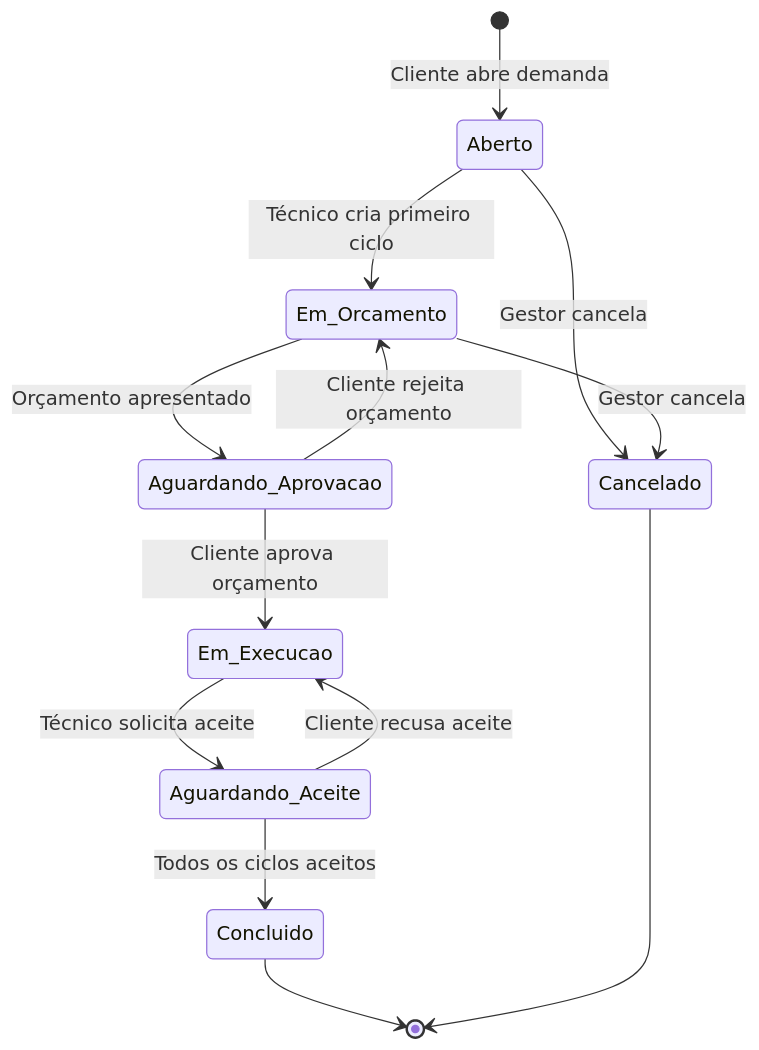
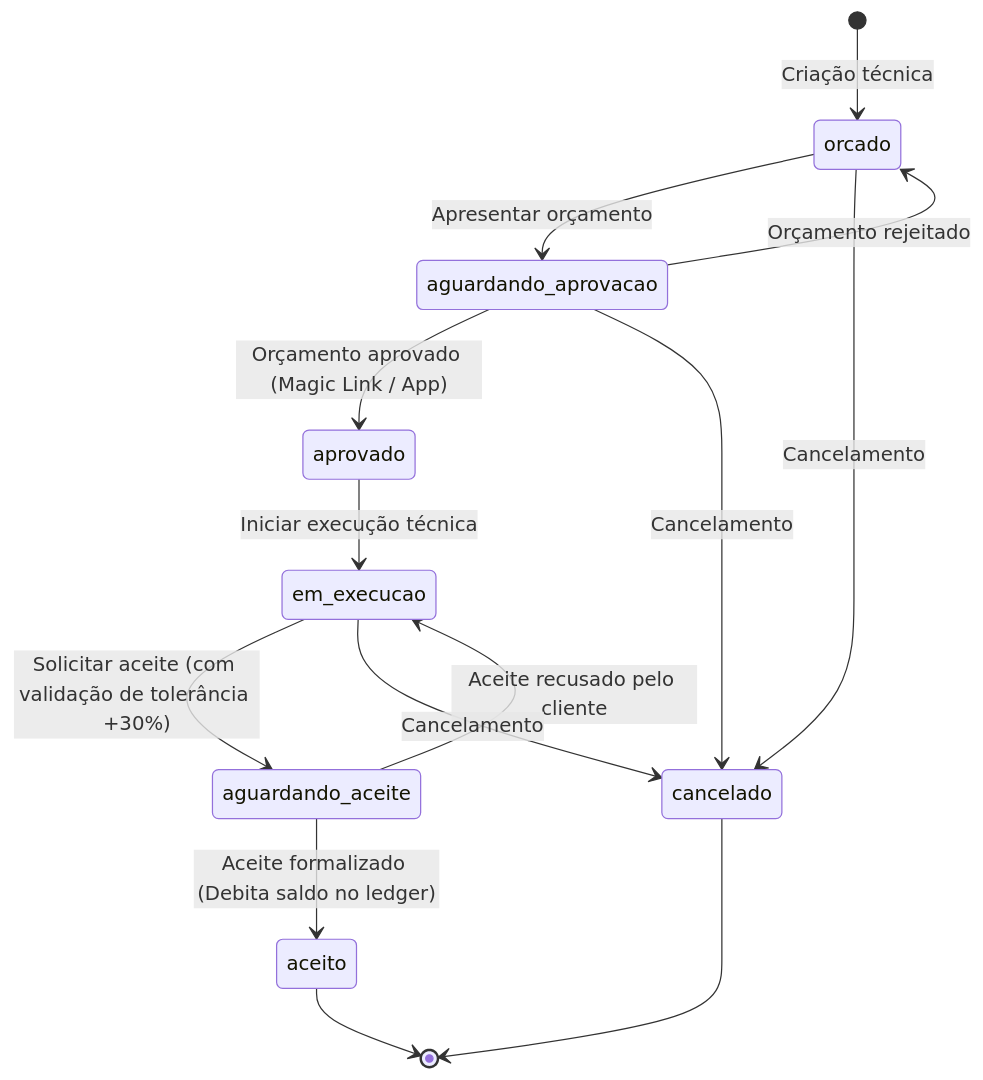
One commit to andresouza72br-sketch/SHM---Support-Hours-Manage changed the first of 4 diagrams in _reversa_sdd/state-machines.md. Above: the diagram before and after it, drawn with Mermaid. The commit also changed other lines of this file and 4 other files, not shown here.

````diff
--- a/_reversa_sdd/state-machines.md
+++ b/_reversa_sdd/state-machines.md
@@ -9,15 +10,16 @@
 ```mermaid
 stateDiagram-v2
-    [*] --> Aberto: Cliente abre demanda
-    Aberto --> Em_Orcamento: Técnico cria primeiro ciclo
-    Em_Orcamento --> Aguardando_Aprovacao: Orçamento apresentado
-    Aguardando_Aprovacao --> Em_Execucao: Cliente aprova orçamento
-    Aguardando_Aprovacao --> Em_Orcamento: Cliente rejeita orçamento
-    Em_Execucao --> Aguardando_Aceite: Técnico solicita aceite
-    Aguardando_Aceite --> Em_Execucao: Cliente recusa aceite
-    Aguardando_Aceite --> Concluido: Todos os ciclos aceitos
-    Aberto --> Cancelado: Gestor cancela
-    Em_Orcamento --> Cancelado: Gestor cancela
-    Concluido --> [*]
-    Cancelado --> [*]
+    [*] --> orcado: Criação técnica
+    orcado --> aguardando_aprovacao: Apresentar orçamento
+    aguardando_aprovacao --> orcado: Orçamento rejeitado
+    aguardando_aprovacao --> aprovado: Orçamento aprovado (Magic Link / App)
+    aprovado --> em_execucao: Iniciar execução técnica
+    em_execucao --> aguardando_aceite: Solicitar aceite (com validação de tolerância +30%)
+    aguardando_aceite --> em_execucao: Aceite recusado pelo cliente
+    aguardando_aceite --> aceito: Aceite formalizado (Debita saldo no ledger)
+    orcado --> cancelado: Cancelamento
+    aguardando_aprovacao --> cancelado: Cancelamento
+    em_execucao --> cancelado: Cancelamento
+    aceito --> [*]
+    cancelado --> [*]
 ```
````
